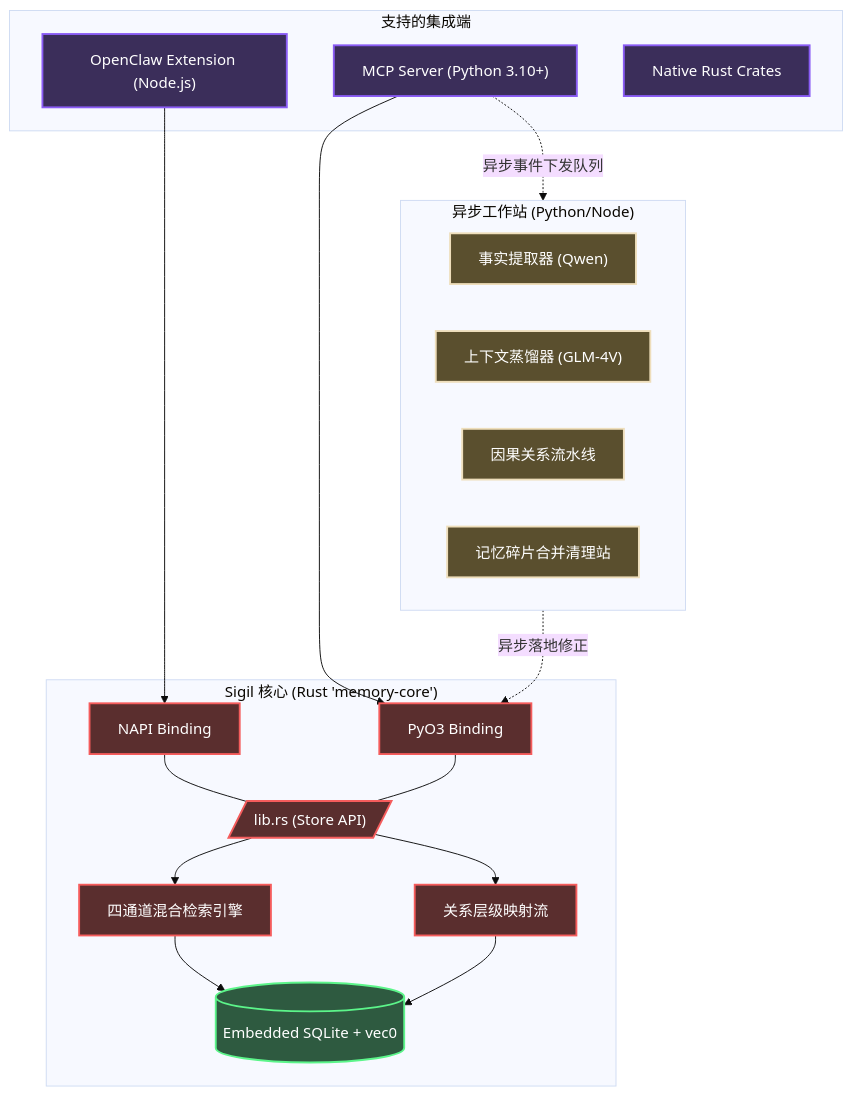
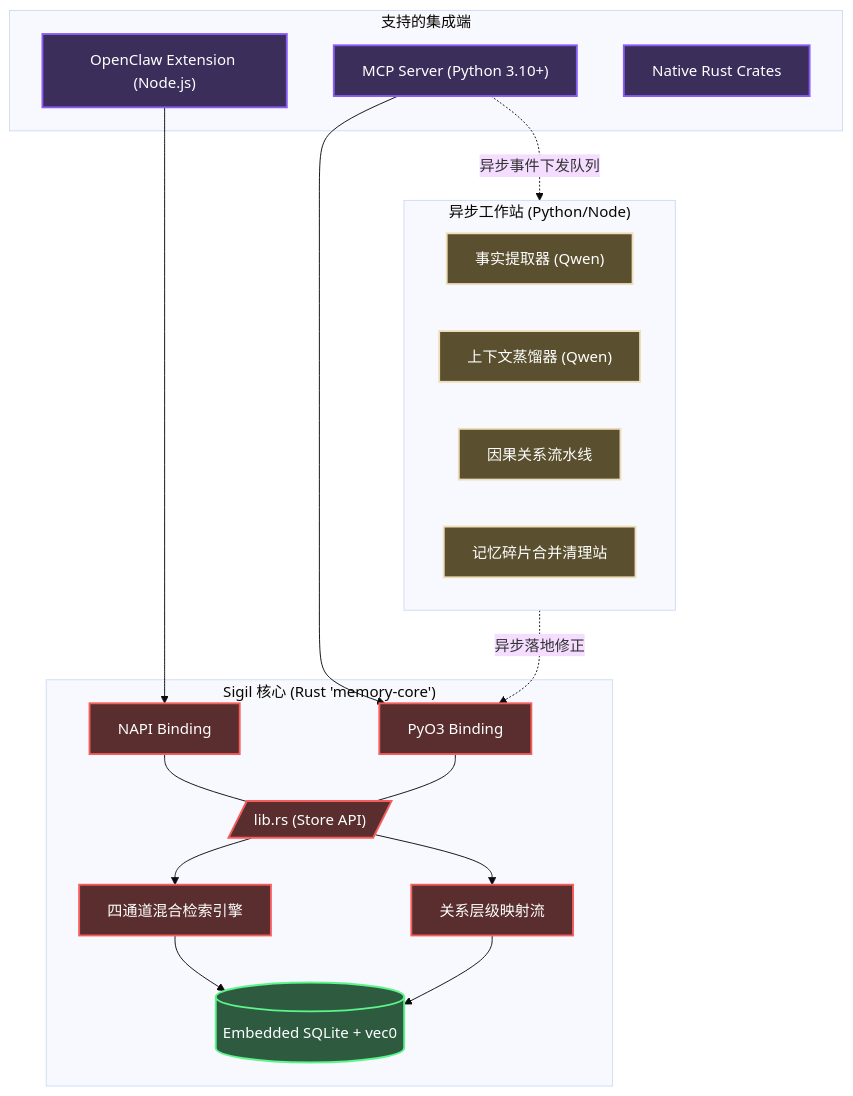
One commit to kckylechen1/tachi changed the diagram in README.zh-CN.md. Above: the diagram before and after it, drawn with Mermaid (base theme). The commit also changed other lines of this file and 1 other file, not shown here.

````diff
--- a/README.zh-CN.md
+++ b/README.zh-CN.md
@@ -84,44 +84,44 @@
 ```mermaid
 graph TD
     subgraph Clients["支持的集成端"]
         MCP["MCP Server (Python 3.10+)"]
         OC["OpenClaw Extension (Node.js)"]
         NATIVE["Native Rust Crates"]
     end
 
     subgraph Operations["异步工作站 (Python/Node)"]
         EXTRACT["事实提取器 (Qwen)"]
-        DISTILL["上下文蒸馏器 (GLM-4V)"]
+        DISTILL["上下文蒸馏器 (Qwen)"]
         CAUSAL["因果关系流水线"]
         CONSOLIDATE["记忆碎片合并清理站"]
     end
 
     subgraph Core["Sigil 核心 (Rust 'memory-core')"]
         NAPI["NAPI Binding"]
         PYO3["PyO3 Binding"]
         
         NAPI --- LIB[/"lib.rs (Store API)"/]
         PYO3 --- LIB
         
         LIB --> SEARCH["四通道混合检索引擎"]
         LIB --> GRAPH["关系层级映射流"]
         
         SEARCH --> SQLITE[("Embedded SQLite + vec0")]
         GRAPH --> SQLITE
     end
 
     MCP --> PYO3
     OC --> NAPI
     MCP -. 异步事件下发队列 .-> Operations
     Operations -. 异步落地修正 .-> PYO3
     
     classDef client fill:#3b2e5a,stroke:#8a5cf5,stroke-width:2px,color:#fff;
     classDef worker fill:#5a4f2e,stroke:#f5cw5a,stroke-width:2px,color:#fff;
     classDef rust fill:#5a2e2e,stroke:#f55c5c,stroke-width:2px,color:#fff;
     classDef db fill:#2e5a40,stroke:#5cf58a,stroke-width:2px,color:#fff;
     
     class MCP,OC,NATIVE client;
     class EXTRACT,DISTILL,CAUSAL,CONSOLIDATE worker;
     class NAPI,PYO3,LIB,SEARCH,GRAPH rust;
     class SQLITE db;
 ```
````
